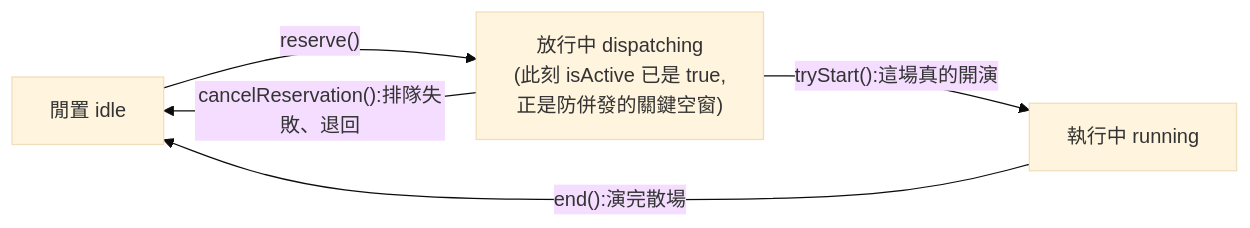
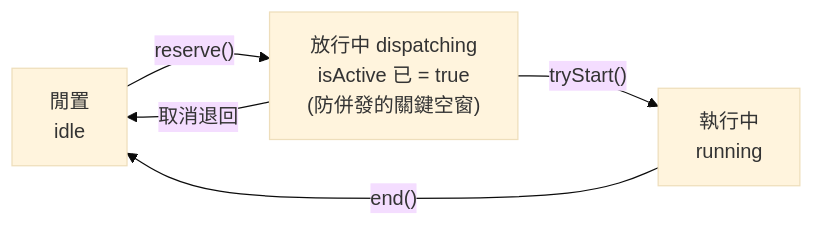
The second of 3 diagrams in technology/claude-code/claude-code-architecture-deep-dive.md (shooter2062424/Knowledge), drawn with Mermaid (base theme) before and after one commit. The commit also changed other lines of this file, not shown here.

First line of the commit message:
[docs] Claude Code 拆解筆記:三張 Mermaid 圖縮短 label 避免自動換行

````diff
--- a/technology/claude-code/claude-code-architecture-deep-dive.md
+++ b/technology/claude-code/claude-code-architecture-deep-dive.md
@@ -74,7 +74,7 @@
 ```mermaid
 flowchart LR
-    I["閒置 idle"] -->|"reserve()"| D["放行中 dispatching<br/>(此刻 isActive 已是 true,<br/>正是防併發的關鍵空窗)"]
-    D -->|"tryStart():這場真的開演"| R["執行中 running"]
-    D -->|"cancelReservation():排隊失敗、退回"| I
-    R -->|"end():演完散場"| I
+    I["閒置<br/>idle"] -->|"reserve()"| D["放行中 dispatching<br/>isActive 已 = true<br/>(防併發的關鍵空窗)"]
+    D -->|"tryStart()"| R["執行中<br/>running"]
+    D -->|取消退回| I
+    R -->|"end()"| I
 ```
````
